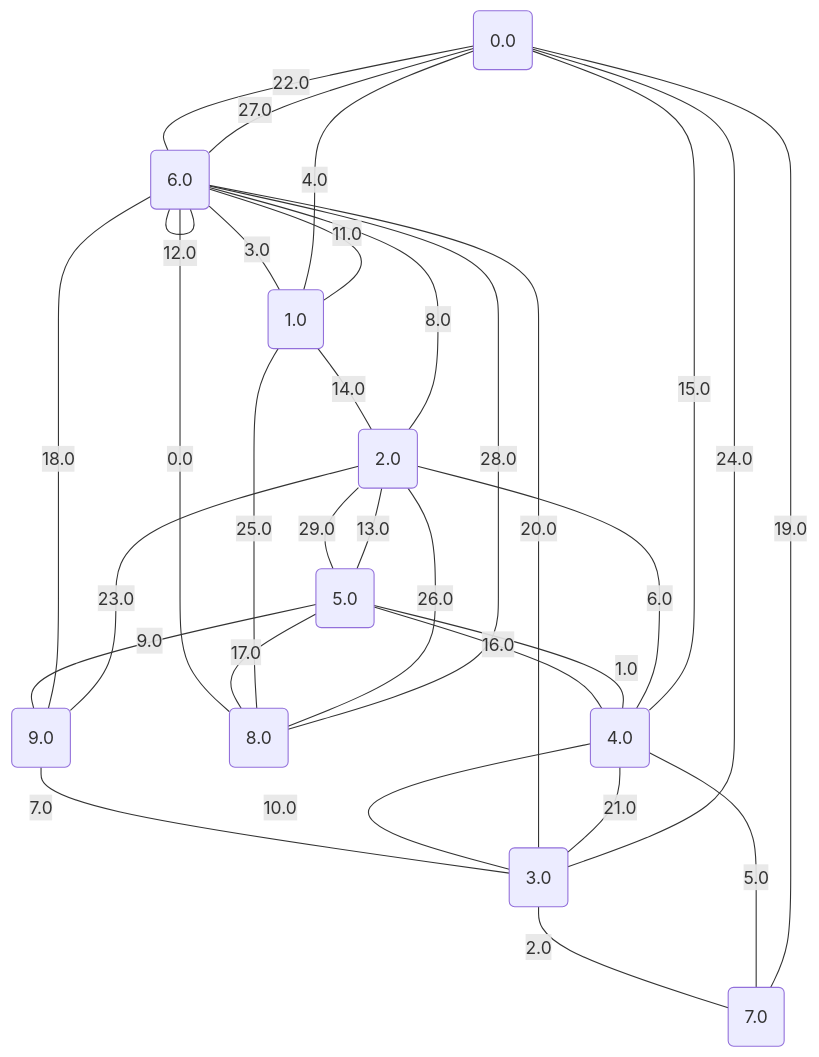
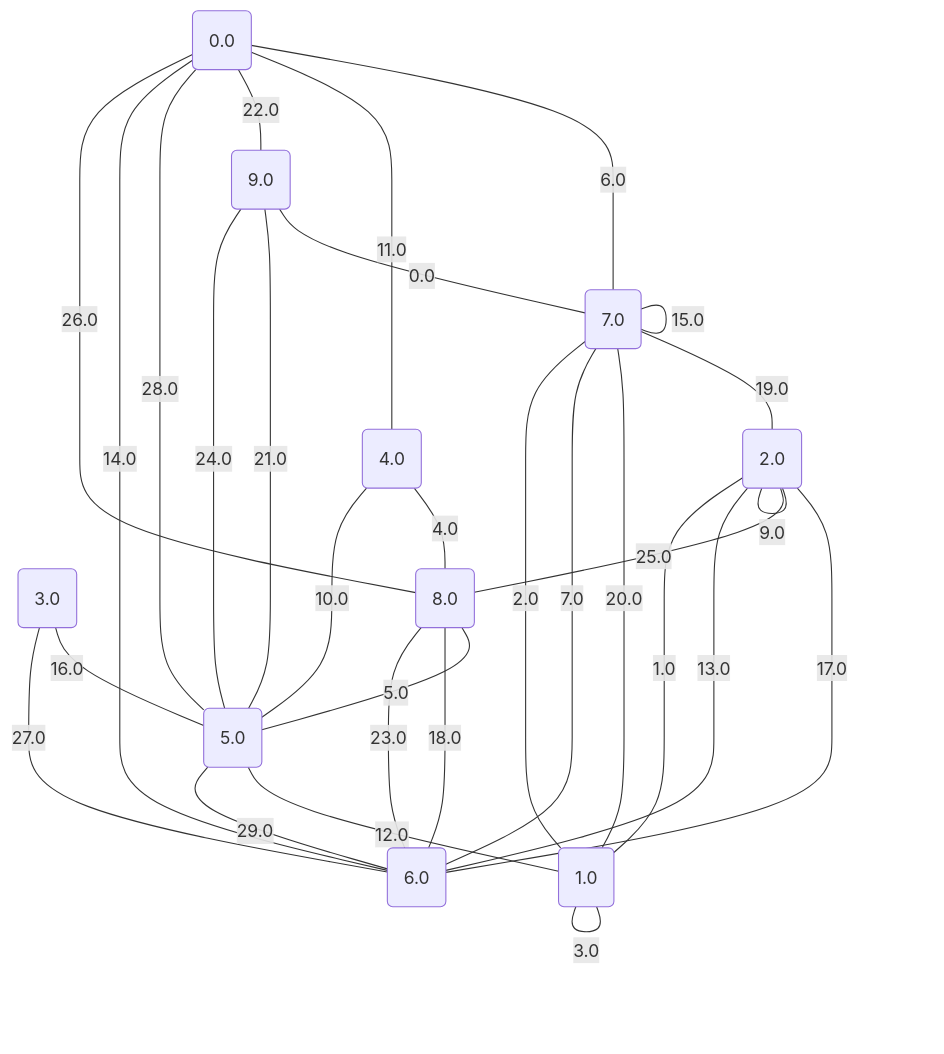
Before and after one commit to metury/graphs: the diagram in project/src/testing/graphs/5.md, drawn with Mermaid. The commit also changed 27 other files, not shown here.

````diff
--- a/project/src/testing/graphs/5.md
+++ b/project/src/testing/graphs/5.md
@@ -1,43 +1,43 @@
 ```mermaid
 graph TD;
 0("0.0");
 1("1.0");
 2("2.0");
 3("3.0");
 4("4.0");
 5("5.0");
 6("6.0");
 7("7.0");
 8("8.0");
 9("9.0");
-	6 -- "0.0" --- 8;
-	4 -- "1.0" --- 5;
-	3 -- "2.0" --- 7;
-	6 -- "3.0" --- 1;
-	1 -- "4.0" --- 0;
-	4 -- "5.0" --- 7;
-	4 -- "6.0" --- 2;
-	9 -- "7.0" --- 3;
-	2 -- "8.0" --- 6;
-	5 -- "9.0" --- 9;
-	4 -- "10.0" --- 3;
-	1 -- "11.0" --- 6;
-	6 -- "12.0" --- 6;
-	5 -- "13.0" --- 2;
-	1 -- "14.0" --- 2;
-	4 -- "15.0" --- 0;
-	5 -- "16.0" --- 4;
-	5 -- "17.0" --- 8;
-	6 -- "18.0" --- 9;
-	0 -- "19.0" --- 7;
-	6 -- "20.0" --- 3;
-	4 -- "21.0" --- 3;
-	0 -- "22.0" --- 6;
-	2 -- "23.0" --- 9;
-	3 -- "24.0" --- 0;
-	1 -- "25.0" --- 8;
-	2 -- "26.0" --- 8;
-	0 -- "27.0" --- 6;
-	6 -- "28.0" --- 8;
-	2 -- "29.0" --- 5;
+	9 -- "0.0" --- 7;
+	1 -- "1.0" --- 2;
+	1 -- "2.0" --- 7;
+	1 -- "3.0" --- 1;
+	4 -- "4.0" --- 8;
+	8 -- "5.0" --- 5;
+	0 -- "6.0" --- 7;
+	6 -- "7.0" --- 7;
+	7 -- "8.0" --- 7;
+	2 -- "9.0" --- 2;
+	4 -- "10.0" --- 5;
+	0 -- "11.0" --- 4;
+	5 -- "12.0" --- 1;
+	6 -- "13.0" --- 2;
+	6 -- "14.0" --- 0;
+	7 -- "15.0" --- 7;
+	3 -- "16.0" --- 5;
+	2 -- "17.0" --- 6;
+	8 -- "18.0" --- 6;
+	7 -- "19.0" --- 2;
+	7 -- "20.0" --- 1;
+	9 -- "21.0" --- 5;
+	0 -- "22.0" --- 9;
+	8 -- "23.0" --- 6;
+	9 -- "24.0" --- 5;
+	2 -- "25.0" --- 8;
+	8 -- "26.0" --- 0;
+	3 -- "27.0" --- 6;
+	0 -- "28.0" --- 5;
+	5 -- "29.0" --- 6;
 ```
````
